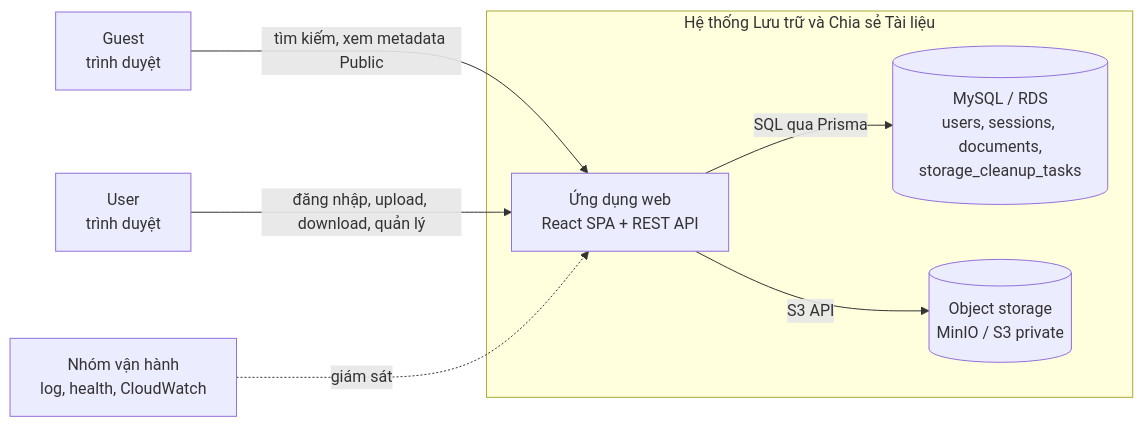
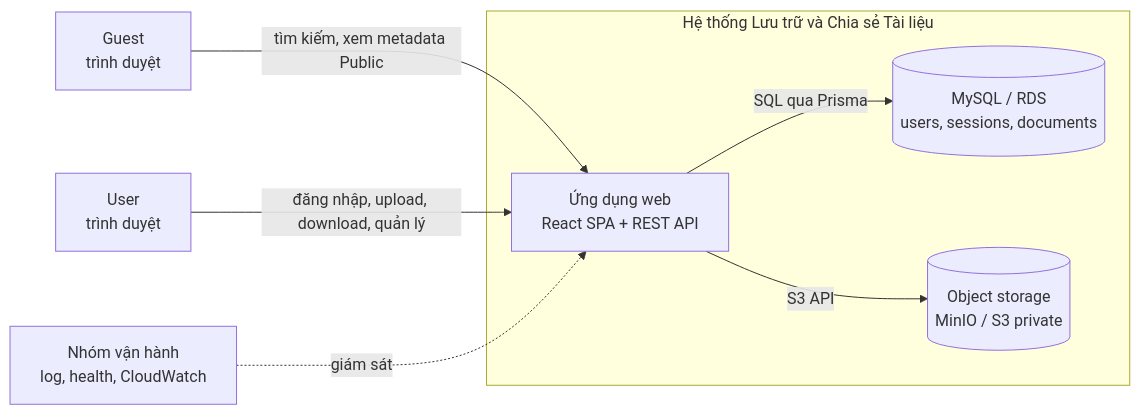
The third of 38 diagrams in docs/ARCHITECTURE.md (august0362/btl_cloud), drawn with Mermaid before and after one commit. The commit also changed other lines of this file and 1 other file, not shown here.

````diff
--- a/docs/ARCHITECTURE.md
+++ b/docs/ARCHITECTURE.md
@@ -136,16 +136,16 @@
 ```mermaid
 flowchart LR
   guest["Guest<br/>trình duyệt"]
   user["User<br/>trình duyệt"]
   subgraph sys["Hệ thống Lưu trữ và Chia sẻ Tài liệu"]
     app["Ứng dụng web<br/>React SPA + REST API"]
-    db[("MySQL / RDS<br/>users, sessions, documents,<br/>storage_cleanup_tasks")]
+    db[("MySQL / RDS<br/>users, sessions, documents")]
     obj[("Object storage<br/>MinIO / S3 private")]
   end
   ops["Nhóm vận hành<br/>log, health, CloudWatch"]
   guest -->|"tìm kiếm, xem metadata Public"| app
   user -->|"đăng nhập, upload, download, quản lý"| app
   app -->|"SQL qua Prisma"| db
   app -->|"S3 API"| obj
   ops -.->|"giám sát"| app
 ```
````
